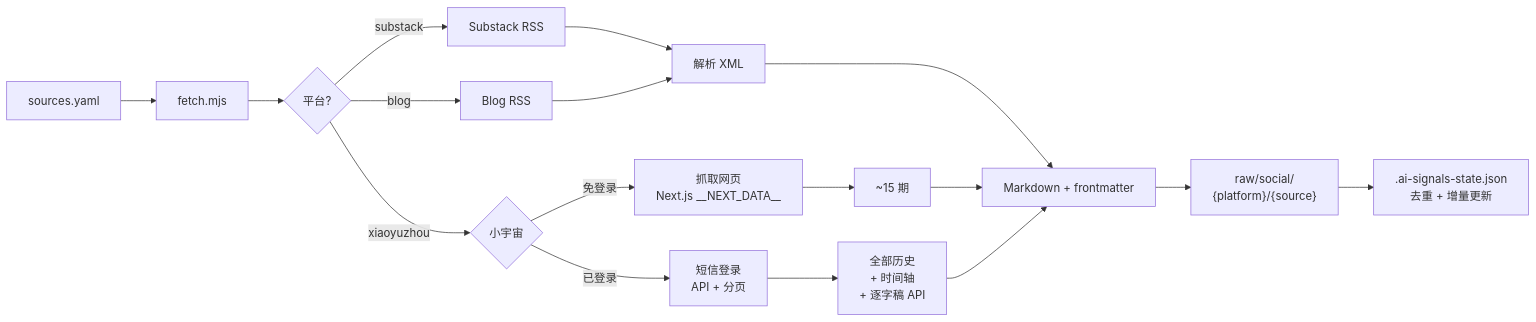
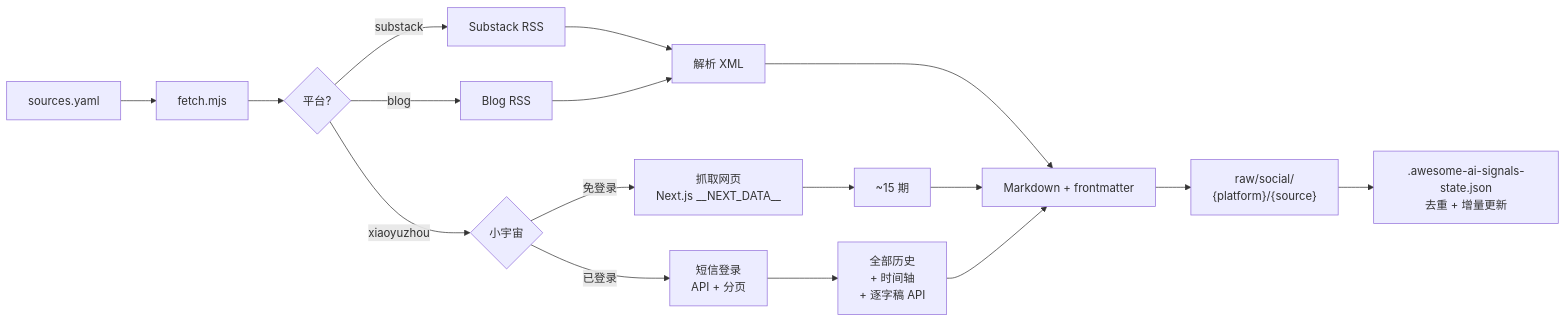
One commit to Royce17/AI-Signals changed the diagram in README.zh-CN.md. Above: the diagram before and after it, drawn with Mermaid. The commit also changed other lines of this file and 11 other files, not shown here.

Commit message:
rename to awesome-ai-signals: add Awesome badge, curated sources table, Awesome List conventions

````diff
--- a/README.zh-CN.md
+++ b/README.zh-CN.md
@@ -41,32 +71,32 @@
 ```mermaid
 flowchart LR
     A[sources.yaml] --> B[fetch.mjs]
     B --> C{平台?}
 
     C -->|substack| D[Substack RSS]
     C -->|blog| E[Blog RSS]
     C -->|xiaoyuzhou| F{小宇宙}
 
     D --> G[解析 XML]
     E --> G
 
     F -->|免登录| H["抓取网页
 Next.js __NEXT_DATA__"]
     F -->|已登录| I["短信登录
 API + 分页"]
 
     H --> J[~15 期]
     I --> K["全部历史
 + 时间轴
 + 逐字稿 API"]
 
     G --> L[Markdown + frontmatter]
     J --> L
     K --> L
 
     L --> M["raw/social/
 {platform}/{source}"]
 
-    M --> N[".ai-signals-state.json
+    M --> N[".awesome-ai-signals-state.json
 去重 + 增量更新"]
 ```
````
